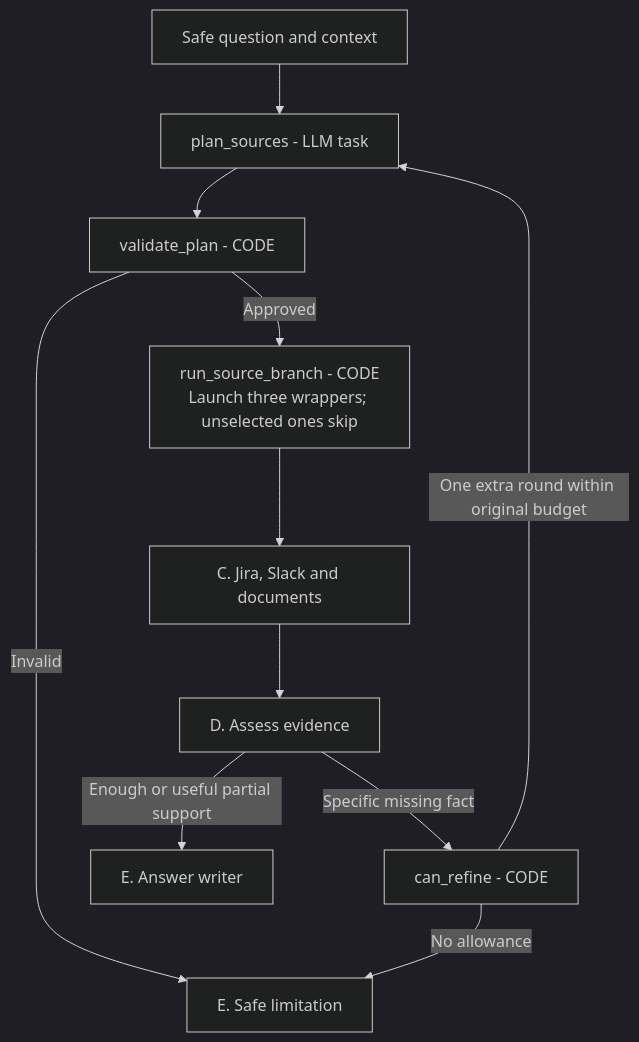
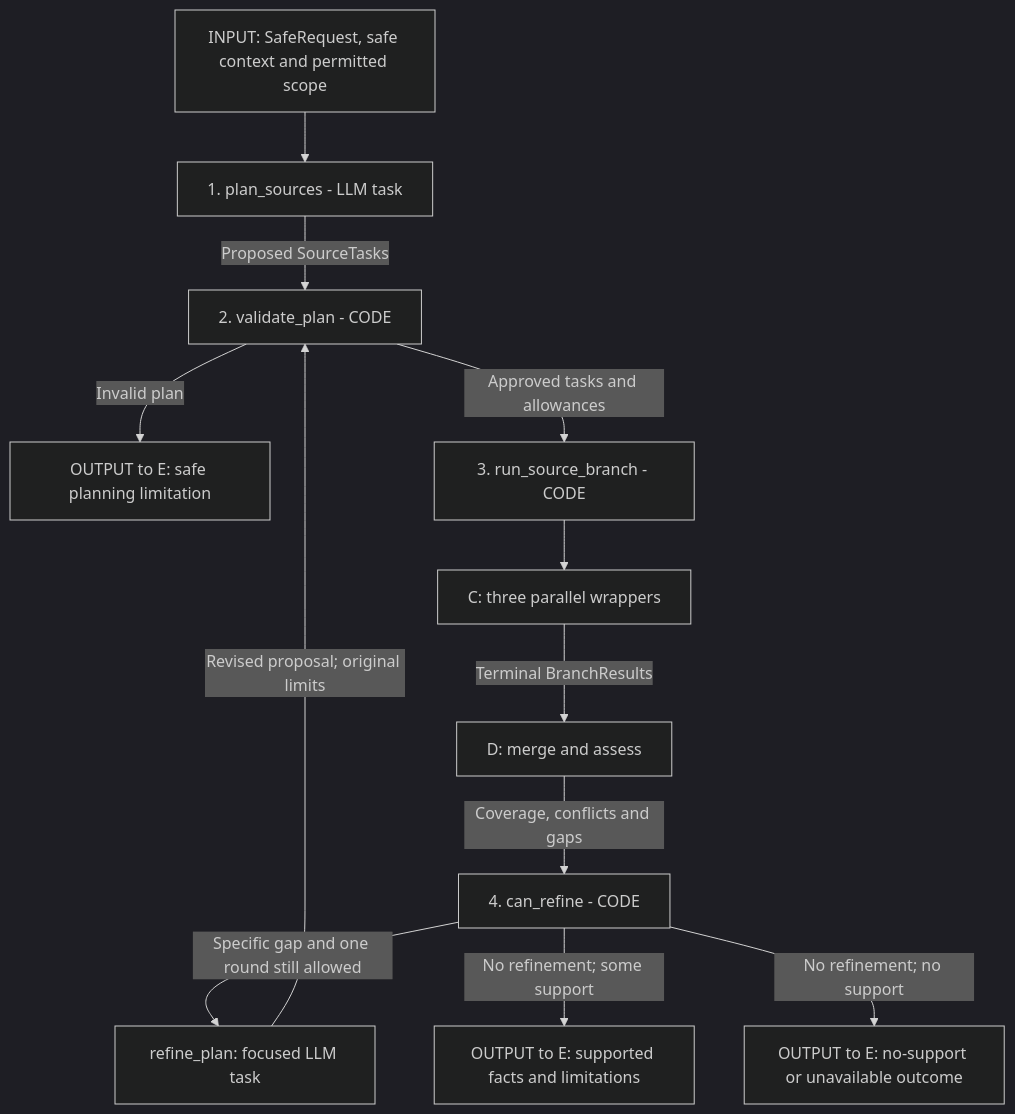
Before and after one commit to piyushmaps/interview_proj: the fifth of 10 diagrams in docs/architecture/low-level-design.md, drawn with Mermaid (dark theme). The commit also changed other lines of this file, not shown here.

````diff
--- a/docs/architecture/low-level-design.md
+++ b/docs/architecture/low-level-design.md
@@ -352,13 +418,14 @@
 ```mermaid
 flowchart TD
-    IN[Safe question and context] --> PLAN[plan_sources - LLM task]
-    PLAN --> CHECK[validate_plan - CODE]
-    CHECK -->|Invalid| LIMITED[E. Safe limitation]
-    CHECK -->|Approved| RUN[run_source_branch - CODE<br/>Launch three wrappers; unselected ones skip]
-    RUN --> C[C. Jira, Slack and documents]
-    C --> D[D. Assess evidence]
-    D -->|Specific missing fact| MORE[can_refine - CODE]
-    MORE -->|One extra round within original budget| PLAN
-    MORE -->|No allowance| LIMITED
-    D -->|Enough or useful partial support| E[E. Answer writer]
+    IN[INPUT: SafeRequest, safe context and permitted scope] --> PLAN[1. plan_sources - LLM task]
+    PLAN -->|Proposed SourceTasks| V[2. validate_plan - CODE]
+    V -->|Invalid plan| LIMITED[OUTPUT to E: safe planning limitation]
+    V -->|Approved tasks and allowances| RUN[3. run_source_branch - CODE]
+    RUN --> C[C: three parallel wrappers]
+    C -->|Terminal BranchResults| D[D: merge and assess]
+    D -->|Coverage, conflicts and gaps| MORE[4. can_refine - CODE]
+    MORE -->|Specific gap and one round still allowed| REF[refine_plan: focused LLM task]
+    REF -->|Revised proposal; original limits| V
+    MORE -->|No refinement; some support| PART[OUTPUT to E: supported facts and limitations]
+    MORE -->|No refinement; no support| NONE[OUTPUT to E: no-support or unavailable outcome]
 ```
````
